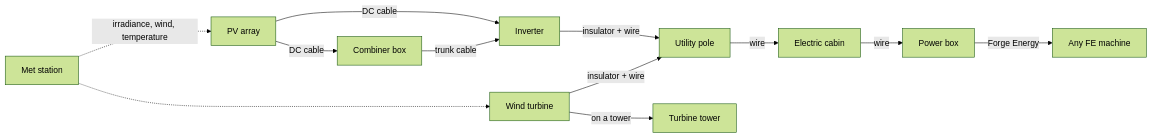
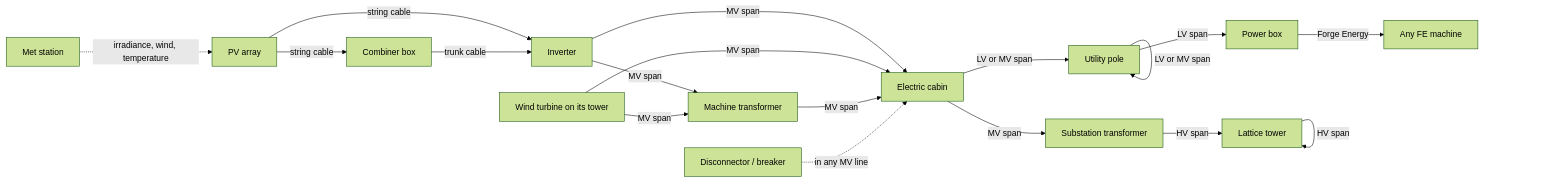
One commit to SimoneRecchia/renewables changed the first of 2 diagrams in docs/items.md. Above: the diagram before and after it, drawn with Mermaid (forest theme). The commit also changed other lines of this file and 4 other files, not shown here.

````diff
--- a/docs/items.md
+++ b/docs/items.md
@@ -15,14 +15,20 @@
 ```mermaid
 graph LR
-  A[PV array] -->|DC cable| CB[Combiner box]
-  A -->|DC cable| INV[Inverter]
+  A[PV array] -->|string cable| CB[Combiner box]
+  A -->|string cable| INV[Inverter]
   CB -->|trunk cable| INV
-  INV -->|insulator + wire| POLE[Utility pole]
-  POLE -->|wire| CAB[Electric cabin]
-  CAB -->|wire| BOX[Power box]
+  INV -->|MV span| TXM[Machine transformer]
+  INV -->|MV span| CAB[Electric cabin]
+  T[Wind turbine on its tower] -->|MV span| TXM
+  T -->|MV span| CAB
+  TXM -->|MV span| CAB
+  CAB -->|LV or MV span| POLE[Utility pole]
+  POLE -->|LV or MV span| POLE
+  POLE -->|LV span| BOX[Power box]
   BOX -->|Forge Energy| ANY[Any FE machine]
-  T[Wind turbine] -->|on a tower| TOWER[Turbine tower]
-  T -->|insulator + wire| POLE
+  CAB -->|MV span| TXS[Substation transformer]
+  TXS -->|HV span| LAT[Lattice tower]
+  LAT -->|HV span| LAT
+  SW[Disconnector / breaker] -.->|in any MV line| CAB
   MET[Met station] -.->|irradiance, wind, temperature| A
-  MET -.-> T
 ```
````
